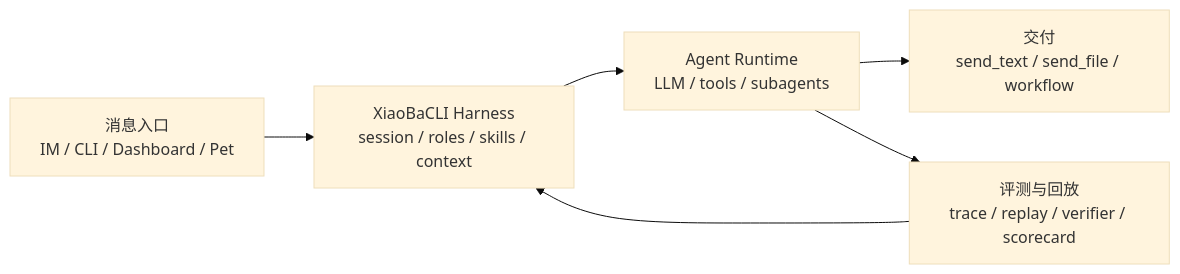
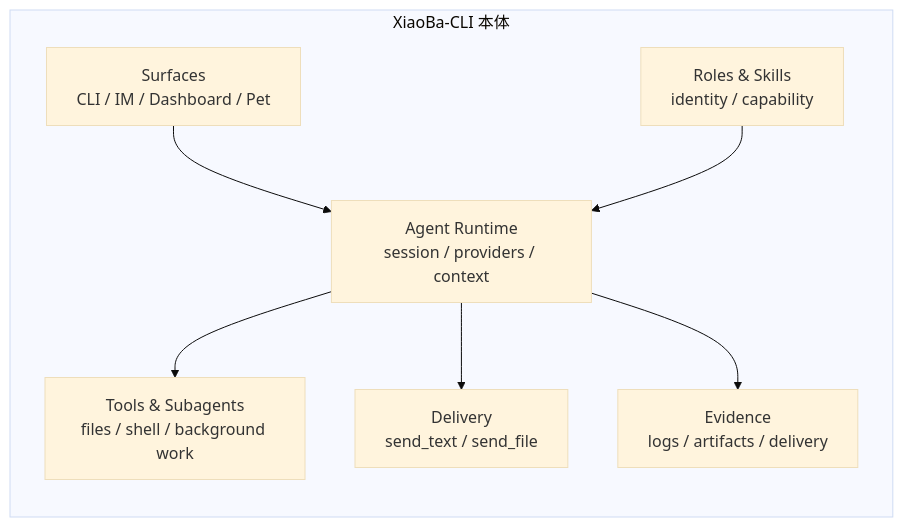
One commit to fightheyyy/XiaoBa-CLI changed the first of 2 diagrams in README.md. Above: the diagram before and after it, drawn with Mermaid (base theme). The commit also changed other lines of this file and 1 other file, not shown here.

Commit message:
docs: refresh XiaoBa README positioning

````diff
--- a/README.md
+++ b/README.md
@@ -29,14 +41,17 @@
 ```mermaid
 flowchart LR
-    Surface["消息入口<br/>IM / CLI / Dashboard / Pet"]
-    Harness["XiaoBaCLI Harness<br/>session / roles / skills / context"]
-    Runtime["Agent Runtime<br/>LLM / tools / subagents"]
-    Delivery["交付<br/>send_text / send_file / workflow"]
-    Replay["评测与回放<br/>trace / replay / verifier / scorecard"]
+    subgraph XiaoBa["XiaoBa-CLI 本体"]
+        Surface["Surfaces<br/>CLI / IM / Dashboard / Pet"]
+        Policy["Roles & Skills<br/>identity / capability"]
+        Runtime["Agent Runtime<br/>session / providers / context"]
+        Action["Tools & Subagents<br/>files / shell / background work"]
+        Delivery["Delivery<br/>send_text / send_file"]
+        Evidence["Evidence<br/>logs / artifacts / delivery"]
+    end
 
-    Surface --> Harness
-    Harness --> Runtime
+    Surface --> Runtime
+    Policy --> Runtime
+    Runtime --> Action
     Runtime --> Delivery
-    Runtime --> Replay
-    Replay --> Harness
+    Runtime --> Evidence
 ```
````
